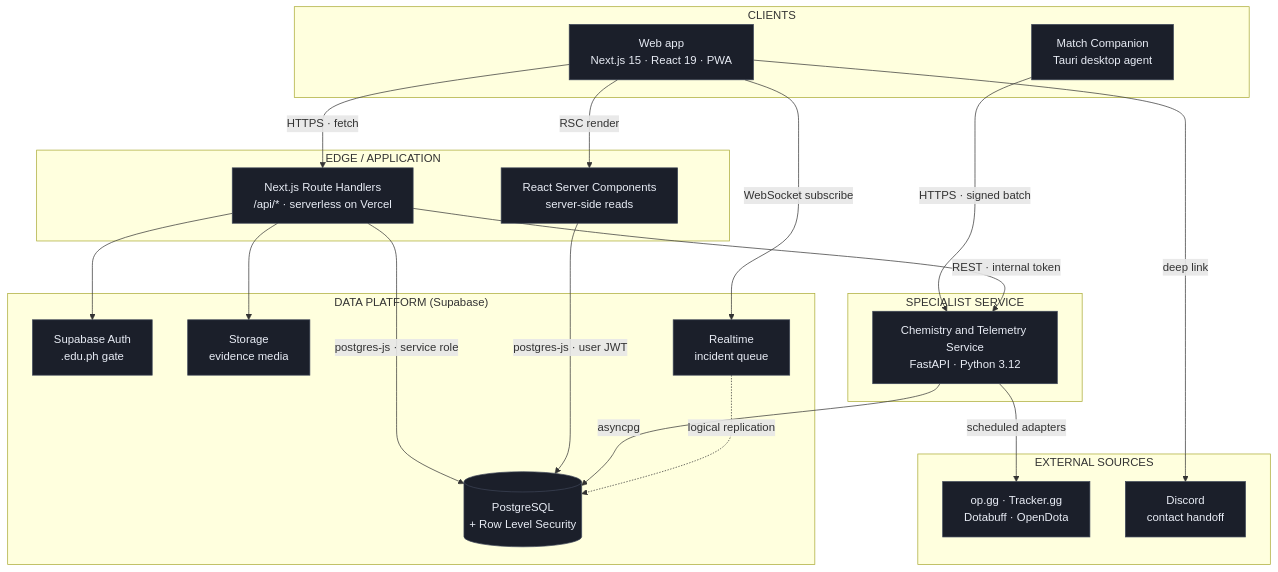
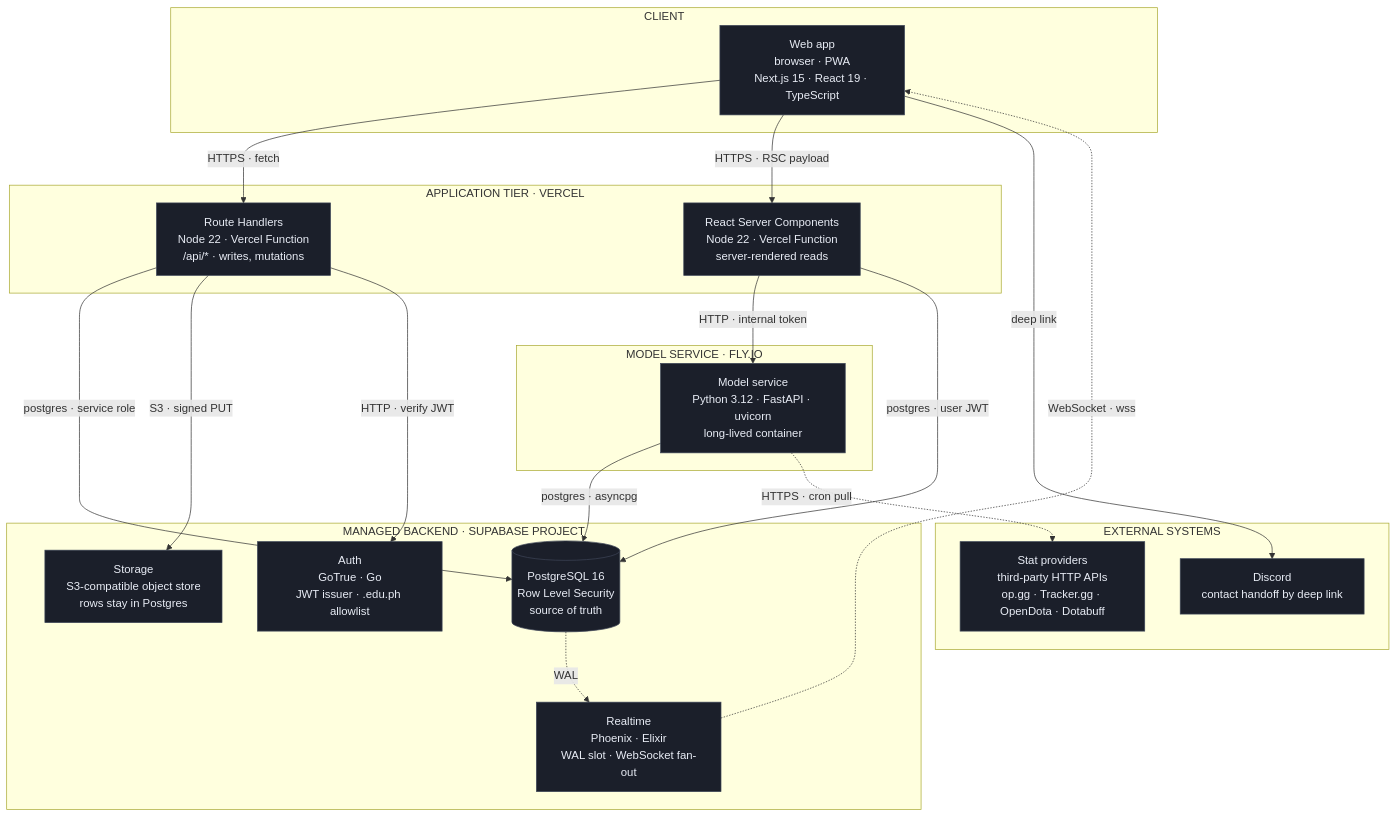
Before and after one commit to Dawngend/draft-ph: the first of 5 diagrams in docs/ARCHITECTURE.md, drawn with Mermaid. The commit also changed other lines of this file and 6 other files, not shown here.

First line of the commit message:
Fix the architecture diagram: components only, and real geometry

````diff
--- a/docs/ARCHITECTURE.md
+++ b/docs/ARCHITECTURE.md
@@ -13,48 +20,46 @@
 ```mermaid
 flowchart TB
-    subgraph clients["CLIENTS"]
-        web["Web app<br/>Next.js 15 · React 19 · PWA"]
-        agent["Match Companion<br/>Tauri desktop agent"]
+    subgraph clients["CLIENT"]
+        web["Web app<br/>browser · PWA<br/>Next.js 15 · React 19 · TypeScript"]
     end
 
-    subgraph edge["EDGE / APPLICATION"]
-        rh["Next.js Route Handlers<br/>/api/* · serverless on Vercel"]
-        rsc["React Server Components<br/>server-side reads"]
+    subgraph edge["APPLICATION TIER · VERCEL"]
+        rh["Route Handlers<br/>Node 22 · Vercel Function<br/>/api/* · writes, mutations"]
+        rsc["React Server Components<br/>Node 22 · Vercel Function<br/>server-rendered reads"]
     end
 
-    subgraph services["SPECIALIST SERVICE"]
-        fastapi["Chemistry and Telemetry Service<br/>FastAPI · Python 3.12"]
+    subgraph services["MODEL SERVICE · FLY.IO"]
+        fastapi["Model service<br/>Python 3.12 · FastAPI · uvicorn<br/>long-lived container"]
     end
 
-    subgraph data["DATA PLATFORM (Supabase)"]
-        auth["Supabase Auth<br/>.edu.ph gate"]
-        pg[("PostgreSQL<br/>+ Row Level Security")]
-        storage["Storage<br/>evidence media"]
-        rt["Realtime<br/>incident queue"]
+    subgraph data["MANAGED BACKEND · SUPABASE PROJECT"]
+        auth["Auth<br/>GoTrue · Go<br/>JWT issuer · .edu.ph allowlist"]
+        pg[("PostgreSQL 16<br/>Row Level Security<br/>source of truth")]
+        storage["Storage<br/>S3-compatible object store<br/>rows stay in Postgres"]
+        rt["Realtime<br/>Phoenix · Elixir<br/>WAL slot · WebSocket fan-out"]
     end
 
-    subgraph external["EXTERNAL SOURCES"]
-        stats["op.gg · Tracker.gg<br/>Dotabuff · OpenDota"]
-        discord["Discord<br/>contact handoff"]
+    subgraph external["EXTERNAL SYSTEMS"]
+        stats["Stat providers<br/>third-party HTTP APIs<br/>op.gg · Tracker.gg · OpenDota · Dotabuff"]
+        discord["Discord<br/>contact handoff by deep link"]
     end
 
     web -->|"HTTPS · fetch"| rh
-    web -->|"RSC render"| rsc
-    web -->|"WebSocket subscribe"| rt
-    agent -->|"HTTPS · signed batch"| fastapi
+    web -->|"HTTPS · RSC payload"| rsc
 
-    rh -->|"postgres-js · service role"| pg
-    rsc -->|"postgres-js · user JWT"| pg
-    rh -->|"REST · internal token"| fastapi
-    rh --> storage
-    rh --> auth
+    rsc -->|"HTTP · internal token"| fastapi
+    rh -->|"postgres · service role"| pg
+    rsc -->|"postgres · user JWT"| pg
+    rh -->|"S3 · signed PUT"| storage
+    rh -->|"HTTP · verify JWT"| auth
 
-    fastapi -->|"asyncpg"| pg
-    fastapi -->|"scheduled adapters"| stats
+    fastapi -->|"postgres · asyncpg"| pg
+    fastapi -.->|"HTTPS · cron pull"| stats
 
-    rt -.->|"logical replication"| pg
+    pg -.->|"WAL"| rt
+    rt -.->|"WebSocket · wss"| web
     web -->|"deep link"| discord
 
     classDef c fill:#1b1f2a,stroke:#3d4557,color:#e8ecf5
-    class web,agent,rh,rsc,fastapi,auth,pg,storage,rt,stats,discord c
+    class web,rh,rsc,fastapi,auth,pg,storage,rt,stats,discord c
 ```
````
